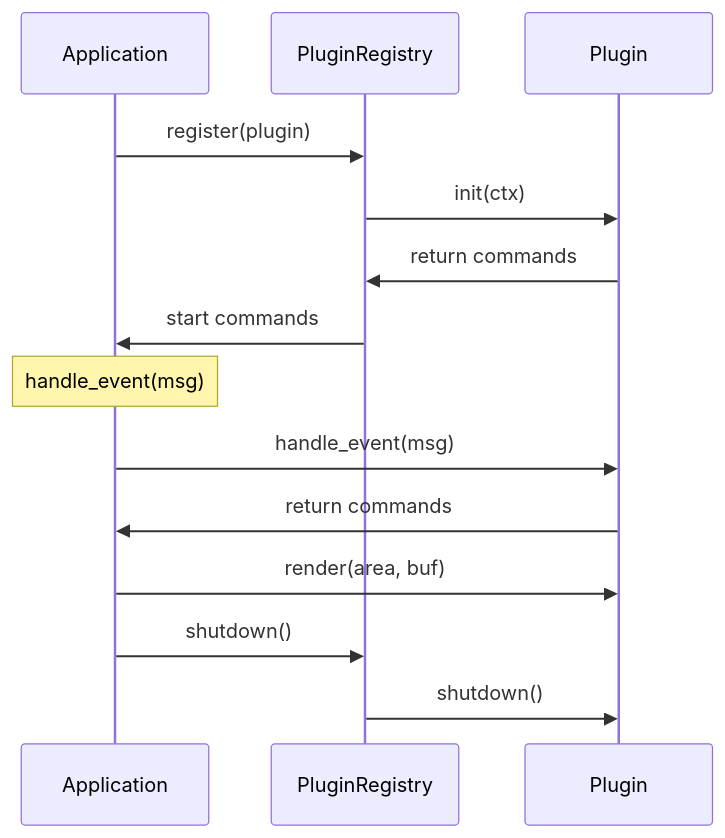
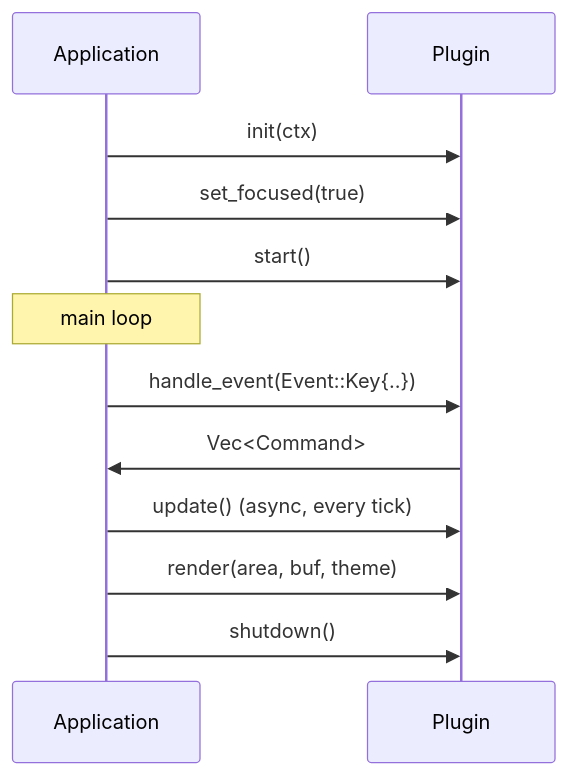
The second of 3 diagrams in ARCHITECTURE.md (guyghost/rightclick), drawn with Mermaid before and after one commit. The commit also changed other lines of this file and 2 other files, not shown here.

Commit message:
docs: update architecture documentation with current implementation details

````diff
--- a/ARCHITECTURE.md
+++ b/ARCHITECTURE.md
@@ -436,19 +667,17 @@
 ```mermaid
 sequenceDiagram
     participant App as Application
-    participant Registry as PluginRegistry
     participant Plugin as Plugin
 
-    App->>Registry: register(plugin)
-    Registry->>Plugin: init(ctx)
-    Plugin->>Registry: return commands
-    Registry->>App: start commands
+    App->>Plugin: init(ctx)
+    App->>Plugin: set_focused(true)
+    App->>Plugin: start()
 
-    Note over App: handle_event(msg)
-    App->>Plugin: handle_event(msg)
-    Plugin->>App: return commands
-    App->>Plugin: render(area, buf)
+    Note over App: main loop
+    App->>Plugin: handle_event(Event::Key{..})
+    Plugin->>App: Vec<Command>
+    App->>Plugin: update() (async, every tick)
+    App->>Plugin: render(area, buf, theme)
 
-    App->>Registry: shutdown()
-    Registry->>Plugin: shutdown()
+    App->>Plugin: shutdown()
 ```
````
